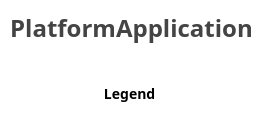
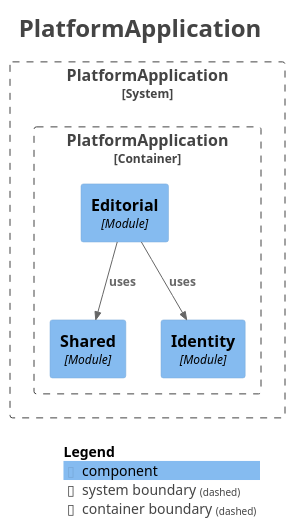
One commit to Asiman77/HistoryAsAGame changed the diagram in docs/modules/components.puml. Above: the diagram before and after it, drawn with PlantUML. The commit also changed 17 other files, not shown here.

```diff
--- a/docs/modules/components.puml
+++ b/docs/modules/components.puml
@@ -1,19 +1,32 @@
 @startuml
 title <size:24>PlatformApplication</size>
 
 set separator none
 top to bottom direction
 
 <style>
   root {
     BackgroundColor: #ffffff
     FontColor: #444444
   }
 </style>
 
 !include <C4/C4>
 !include <C4/C4_Context>
+!include <C4/C4_Component>
+
+System_Boundary("PlatformApplication_boundary", "PlatformApplication", $tags="") {
+  Container_Boundary("PlatformApplication.PlatformApplication_boundary", "PlatformApplication", $tags="") {
+    Component(PlatformApplication.PlatformApplication.Shared, "Shared", $techn="Module", $descr="", $tags="", $link="")
+    Component(PlatformApplication.PlatformApplication.Editorial, "Editorial", $techn="Module", $descr="", $tags="", $link="")
+    Component(PlatformApplication.PlatformApplication.Identity, "Identity", $techn="Module", $descr="", $tags="", $link="")
+  }
+
+}
+
+Rel(PlatformApplication.PlatformApplication.Editorial, PlatformApplication.PlatformApplication.Shared, "uses", $techn="", $tags="", $link="")
+Rel(PlatformApplication.PlatformApplication.Editorial, PlatformApplication.PlatformApplication.Identity, "uses", $techn="", $tags="", $link="")
 
 SHOW_LEGEND(true)
 hide stereotypes
 @enduml
```
